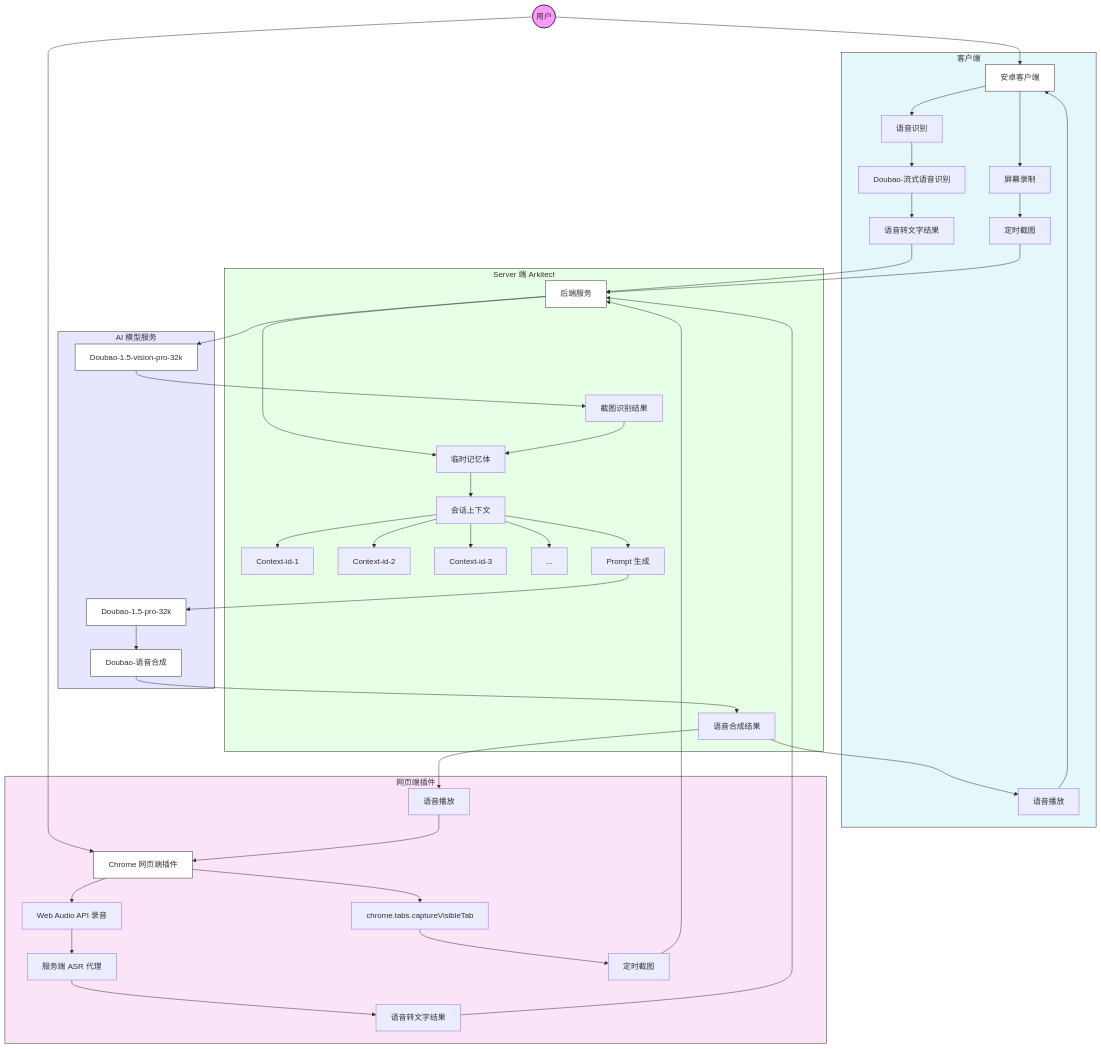
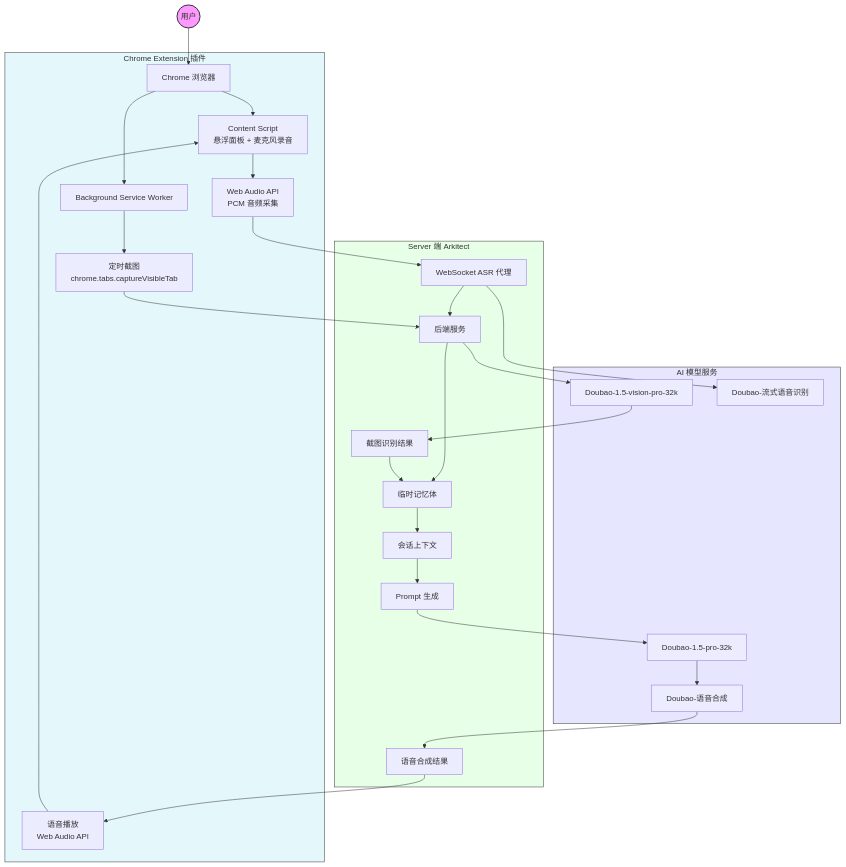
Before and after one commit to RayneYin/-: the diagram in README.md, drawn with Mermaid. The commit also changed other lines of this file, not shown here.

````diff
--- a/README.md
+++ b/README.md
@@ -13,60 +7,37 @@
 ```mermaid
 graph TD
-    User((用户)) --> Android[安卓客户端]
-    User --> WebPlugin[Chrome 网页端插件]
+    User((用户)) --> Browser[Chrome 浏览器]
     
-    subgraph Client[客户端]
-        Android --> Speech[语音识别]
-        Android --> Screen[屏幕录制]
-        Speech --> SpeechAPI[Doubao-流式语音识别]
-        SpeechAPI --> TextResult[语音转文字结果]
-        Screen --> ScreenCapture[定时截图]
-        AudioPlay[语音播放] --> Android
-    end
-    
-    subgraph WebClient[网页端插件]
-        WebPlugin --> WebMic[Web Audio API 录音]
-        WebPlugin --> WebScreen[chrome.tabs.captureVisibleTab]
-        WebMic --> ASRProxy[服务端 ASR 代理]
-        ASRProxy --> TextResult2[语音转文字结果]
-        WebScreen --> WebScreenshot[定时截图]
-        WebAudioPlay[语音播放] --> WebPlugin
+    subgraph Plugin[Chrome Extension 插件]
+        Browser --> ContentScript[Content Script<br/>悬浮面板 + 麦克风录音]
+        Browser --> Background[Background Service Worker]
+        Background --> Screenshot[定时截图<br/>chrome.tabs.captureVisibleTab]
+        ContentScript --> AudioCapture[Web Audio API<br/>PCM 音频采集]
+        AudioPlay[语音播放<br/>Web Audio API] --> ContentScript
     end
     
     subgraph Server[Server 端 Arkitect]
-        TextResult --> Backend[后端服务]
-        TextResult2 --> Backend
-        ScreenCapture --> Backend
-        WebScreenshot --> Backend
+        Screenshot --> Backend[后端服务]
+        AudioCapture --> ASRProxy[WebSocket ASR 代理]
+        ASRProxy --> Backend
         Backend --> TempMemory[临时记忆体]
         TempMemory --> Context[会话上下文]
-        Context --> CTX1[Context-id-1]
-        Context --> CTX2[Context-id-2]
-        Context --> CTX3[Context-id-3]
-        Context --> CTXN[...]
         Context --> Prompt[Prompt 生成]
         ImageResult[截图识别结果] --> TempMemory
         AudioResult[语音合成结果] --> AudioPlay
-        AudioResult --> WebAudioPlay
     end
     
     subgraph AI[AI 模型服务]
         Backend --> VLM[Doubao-1.5-vision-pro-32k]
         VLM --> ImageResult
         Prompt --> LLM[Doubao-1.5-pro-32k]
         LLM --> TTS[Doubao-语音合成]
         TTS --> AudioResult
+        ASRProxy --> ASR[Doubao-流式语音识别]
     end
 
     style User fill:#f9f,stroke:#333,stroke-width:2px
-    style Client fill:#e4f7fb,stroke:#333,stroke-width:1px
-    style WebClient fill:#fbe4f7,stroke:#333,stroke-width:1px
+    style Plugin fill:#e4f7fb,stroke:#333,stroke-width:1px
     style Server fill:#e6ffe6,stroke:#333,stroke-width:1px
     style AI fill:#e6e6ff,stroke:#333,stroke-width:1px
-    style Android fill:#fff,stroke:#333,stroke-width:1px
-    style WebPlugin fill:#fff,stroke:#333,stroke-width:1px
-    style Backend fill:#fff,stroke:#333,stroke-width:1px
-    style VLM fill:#fff,stroke:#333,stroke-width:1px
-    style LLM fill:#fff,stroke:#333,stroke-width:1px
-    style TTS fill:#fff,stroke:#333,stroke-width:1px
 ```
````
